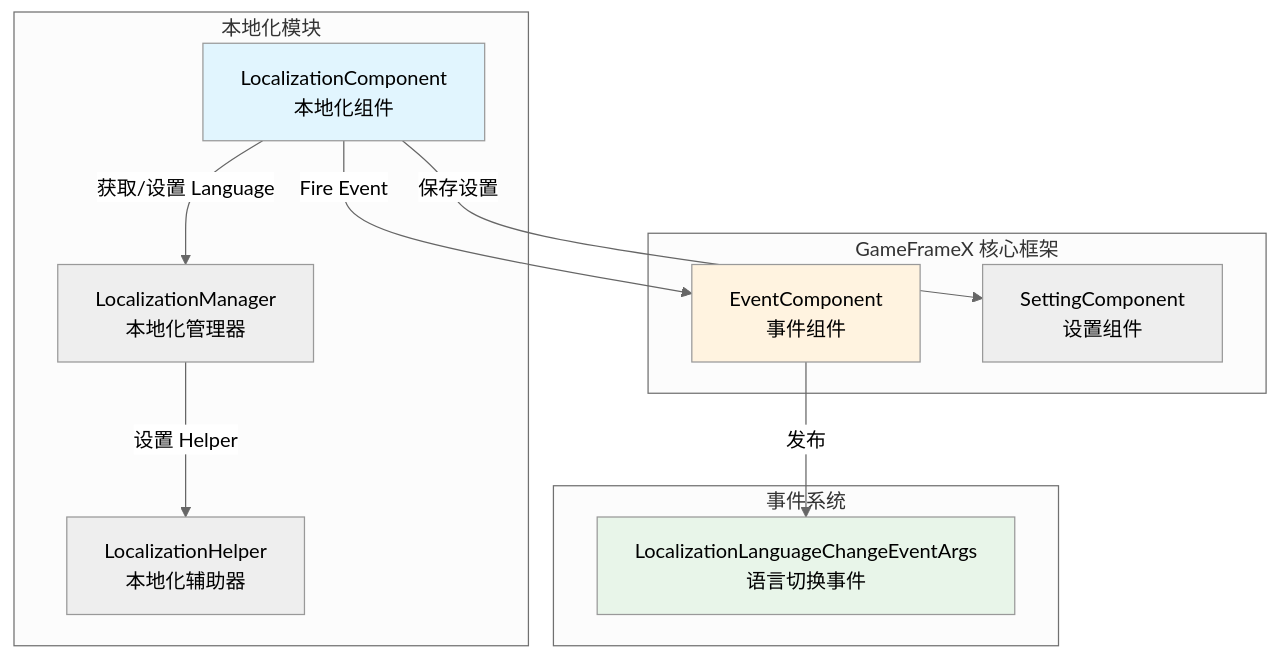
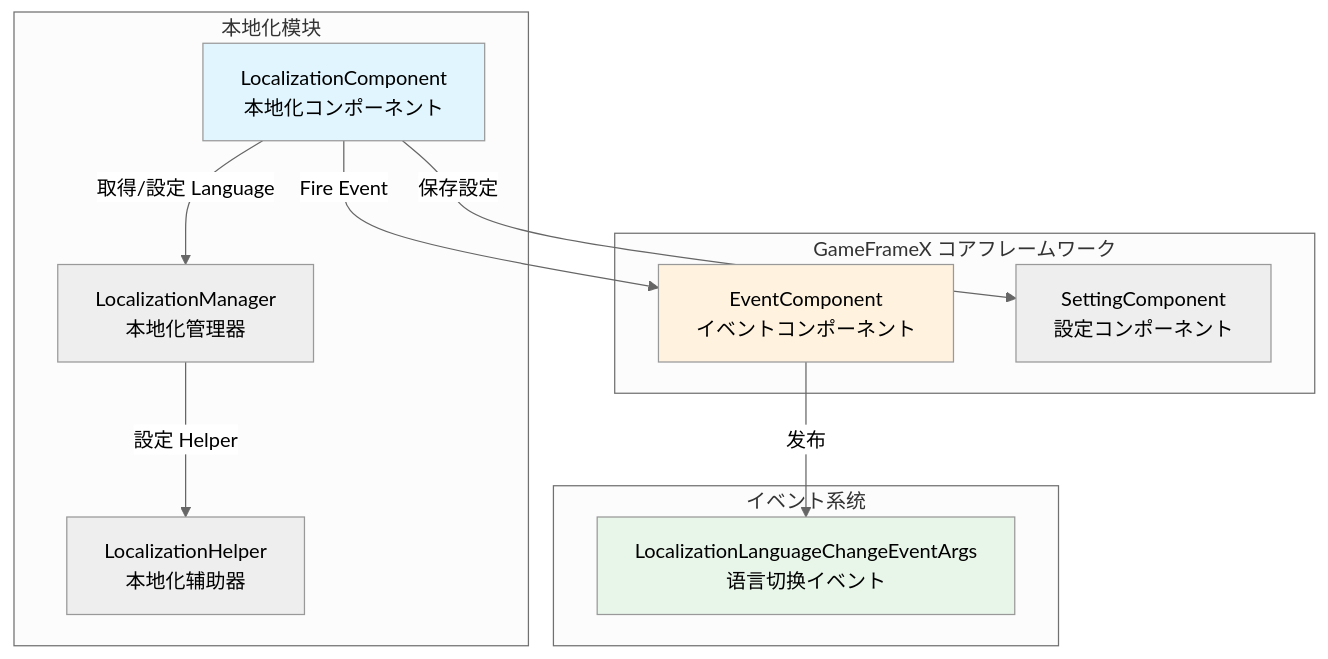
Before and after one commit to AlianBlank/GameFrameX.Docs: the first of 2 diagrams in docs/ja/client/unity/component/localization/06.language-switching.md, drawn with Mermaid (neutral theme). The commit also changed other lines of this file and 603 other files, not shown here.

````diff
--- a/docs/ja/client/unity/component/localization/06.language-switching.md
+++ b/docs/ja/client/unity/component/localization/06.language-switching.md
@@ -22,27 +22,27 @@
 ```mermaid
 flowchart TD
-    subgraph GameFrameX["GameFrameX 核心框架"]
-        EventComp[EventComponent<br/>事件组件]
-        SettingComp[SettingComponent<br/>设置组件]
+    subgraph GameFrameX["GameFrameX コアフレームワーク"]
+        EventComp[EventComponent<br/>イベントコンポーネント]
+        SettingComp[SettingComponent<br/>設定コンポーネント]
     end
 
     subgraph Localization["本地化模块"]
-        LocComp[LocalizationComponent<br/>本地化组件]
+        LocComp[LocalizationComponent<br/>本地化コンポーネント]
         LocMgr[LocalizationManager<br/>本地化管理器]
         Helper[LocalizationHelper<br/>本地化辅助器]
     end
 
-    subgraph Events["事件系统"]
-        LangChangeEvent[LocalizationLanguageChangeEventArgs<br/>语言切换事件]
+    subgraph Events["イベント系统"]
+        LangChangeEvent[LocalizationLanguageChangeEventArgs<br/>语言切换イベント]
     end
 
-    LocComp -->|"获取/设置 Language"| LocMgr
+    LocComp -->|"取得/設定 Language"| LocMgr
     LocComp -->|"Fire Event"| EventComp
-    LocComp -->|"保存设置"| SettingComp
-    LocMgr -->|"设置 Helper"| Helper
+    LocComp -->|"保存設定"| SettingComp
+    LocMgr -->|"設定 Helper"| Helper
     EventComp -->|"发布"| LangChangeEvent
     
     style LocComp fill:#e1f5fe
     style EventComp fill:#fff3e0
     style LangChangeEvent fill:#e8f5e9
 ```
````
